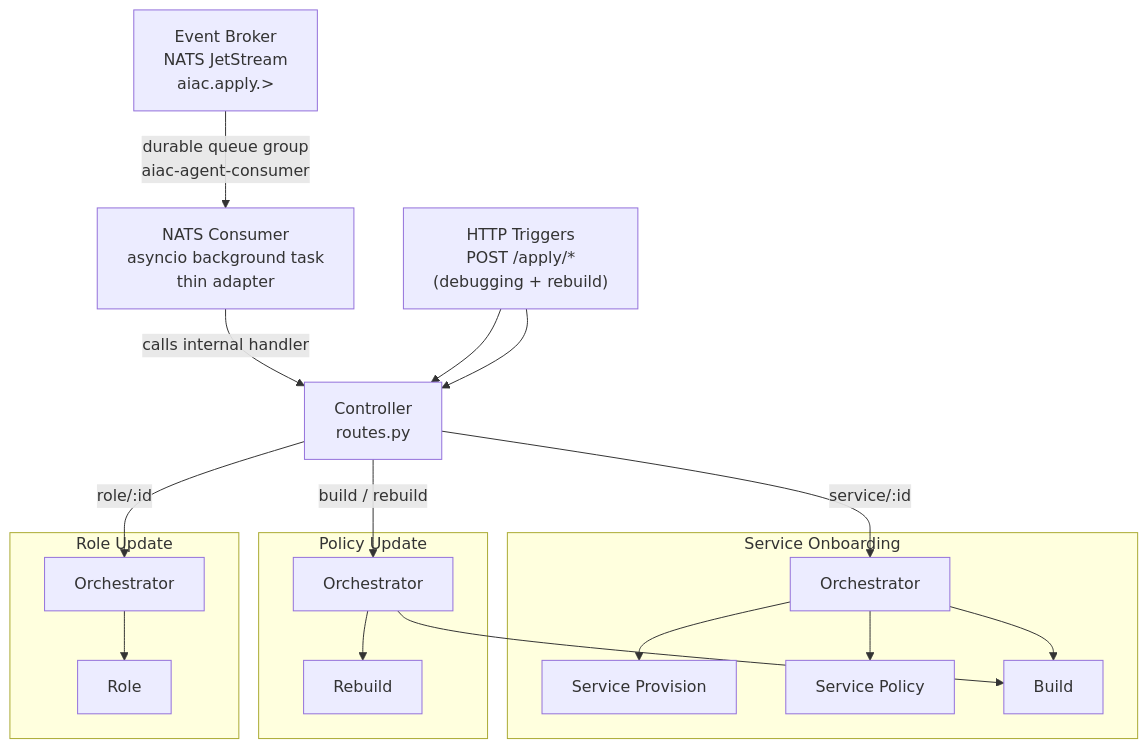
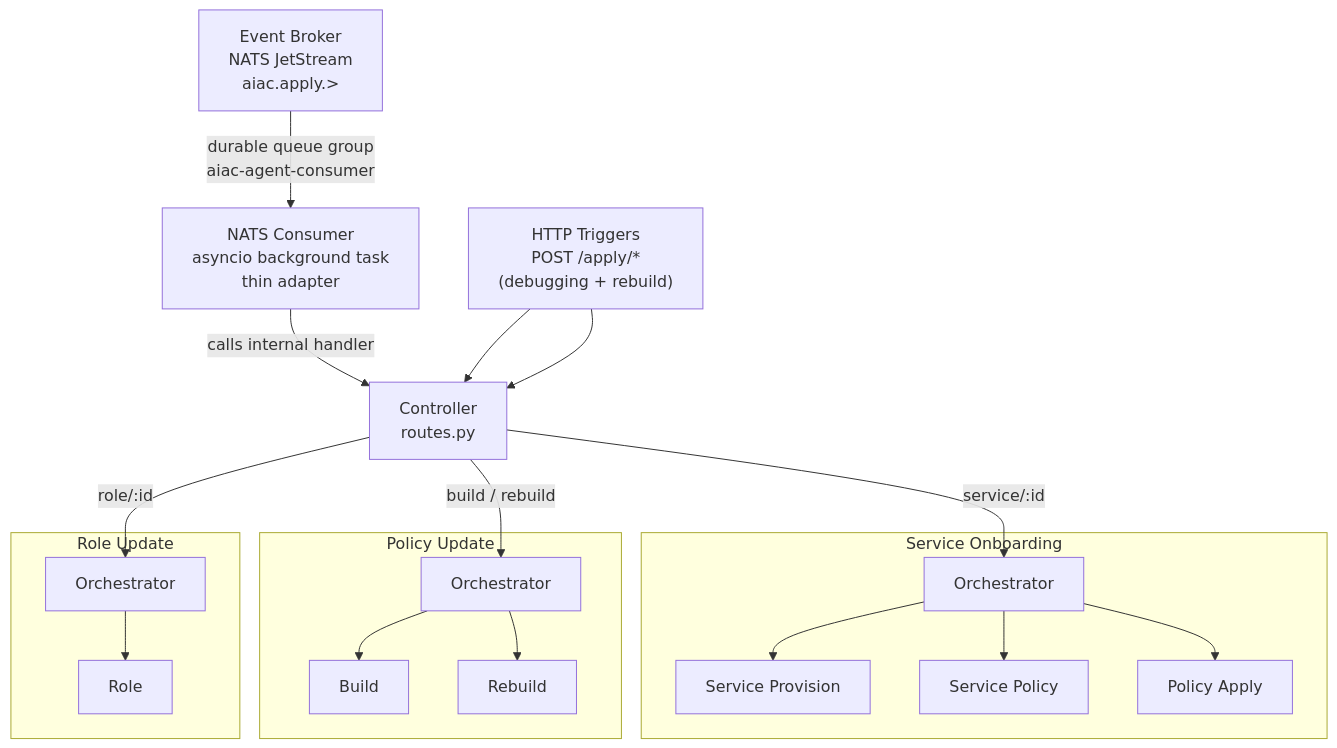
The first of 3 diagrams in inception/requirements/components/aiac-agent.md (rossoctl/aiac), drawn with Mermaid before and after one commit. The commit also changed other lines of this file, not shown here.

Commit message:
docs: fix Mermaid node ID conflict in aiac-agent.md
SA3 was duplicated across Service Onboarding and Policy Update subgraphs.
Renumber Policy Update as SA4/SA5 and Role Update as SA6.

````diff
--- a/inception/requirements/components/aiac-agent.md
+++ b/inception/requirements/components/aiac-agent.md
@@ -26,40 +26,40 @@
 ```mermaid
 flowchart TD
     NATS["Event Broker\nNATS JetStream\naiac.apply.>"]
     NATS_CONSUMER["NATS Consumer\nasyncio background task\nthin adapter"]
     TRIGGERS["HTTP Triggers\nPOST /apply/*\n(debugging + rebuild)"]
     CTRL["Controller\nroutes.py"]
 
     NATS -->|"durable queue group\naiac-agent-consumer"| NATS_CONSUMER
     NATS_CONSUMER -->|"calls internal handler"| CTRL
     TRIGGERS --> CTRL
 
     subgraph CO["Service Onboarding"]
         ORC1["Orchestrator"]
         SA1["Service Provision"]
         SA2["Service Policy"]
         SA3["Policy Apply"]
         ORC1 --> SA1
         ORC1 --> SA2
         ORC1 --> SA3
     end
 
     subgraph PU["Policy Update"]
         ORC2["Orchestrator"]
-        SA3["Build"]
-        SA4["Rebuild"]
-        ORC2 --> SA3
+        SA4["Build"]
+        SA5["Rebuild"]
         ORC2 --> SA4
+        ORC2 --> SA5
     end
 
     subgraph RR["Role Update"]
         ORC3["Orchestrator"]
-        SA5["Role"]
-        ORC3 --> SA5
+        SA6["Role"]
+        ORC3 --> SA6
     end
 
     TRIGGERS --> CTRL
     CTRL -->|"role/:id"| ORC3
     CTRL -->|"build / rebuild"| ORC2
     CTRL -->|"service/:id"| ORC1
 ```
````
